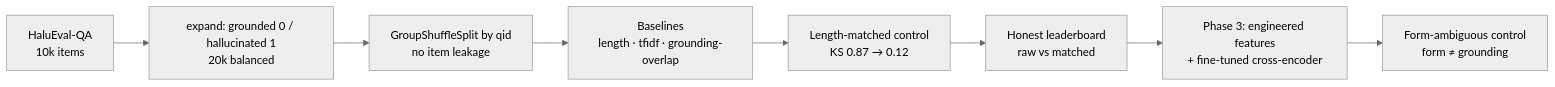
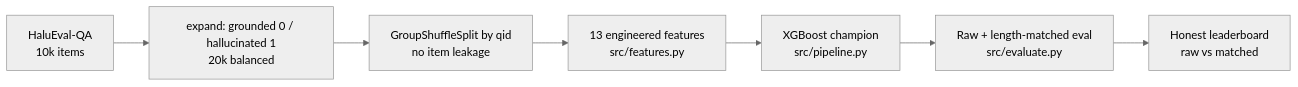
One commit to anthonyrodrigues443/AI-Agent-Conversation-Quality-Scorer changed the diagram in README.md. Above: the diagram before and after it, drawn with Mermaid (neutral theme). The commit also changed other lines of this file and 15 other files, not shown here.

First line of the commit message:
Port winning pipeline from notebooks to src/, add tests + CI, compress README

````diff
--- a/README.md
+++ b/README.md
@@ -211,10 +247,9 @@
 ```mermaid
 flowchart LR
     A[HaluEval-QA<br/>10k items] --> B[expand: grounded 0 / hallucinated 1<br/>20k balanced]
     B --> C[GroupShuffleSplit by qid<br/>no item leakage]
-    C --> D[Baselines<br/>length · tfidf · grounding-overlap]
-    D --> E[Length-matched control<br/>KS 0.87 → 0.12]
-    E --> F[Honest leaderboard<br/>raw vs matched]
-    F --> G[Phase 3: engineered features<br/>+ fine-tuned cross-encoder]
-    G --> H[Form-ambiguous control<br/>form ≠ grounding]
+    C --> D[13 engineered features<br/>src/features.py]
+    D --> E[XGBoost champion<br/>src/pipeline.py]
+    E --> F[Raw + length-matched eval<br/>src/evaluate.py]
+    F --> G[Honest leaderboard<br/>raw vs matched]
 ```
````
